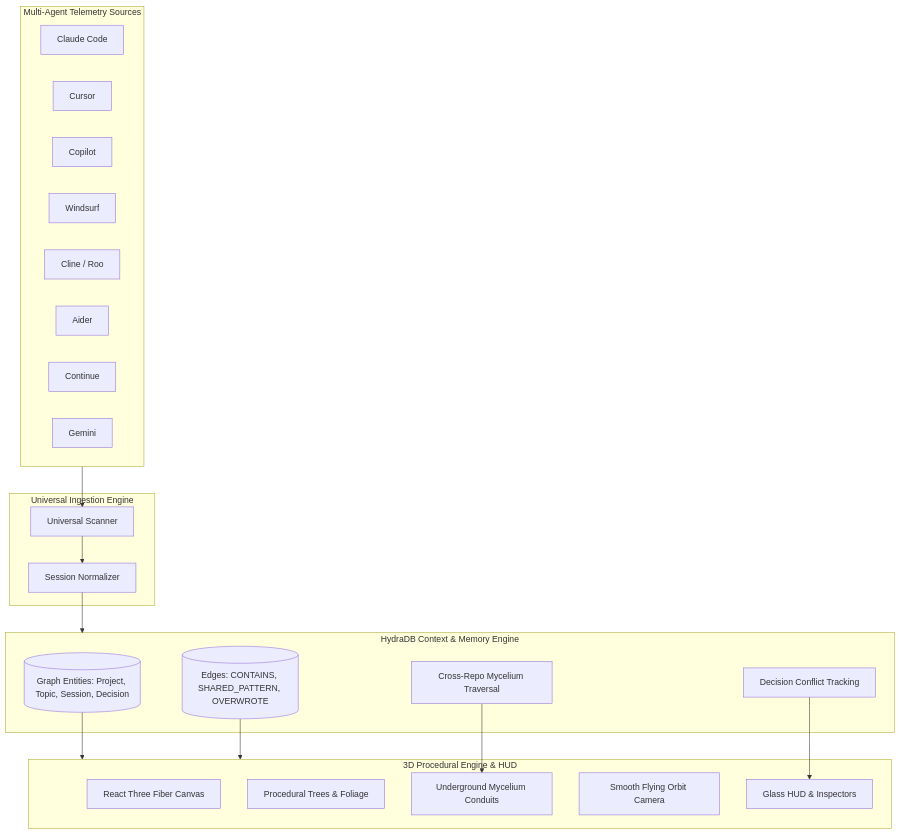
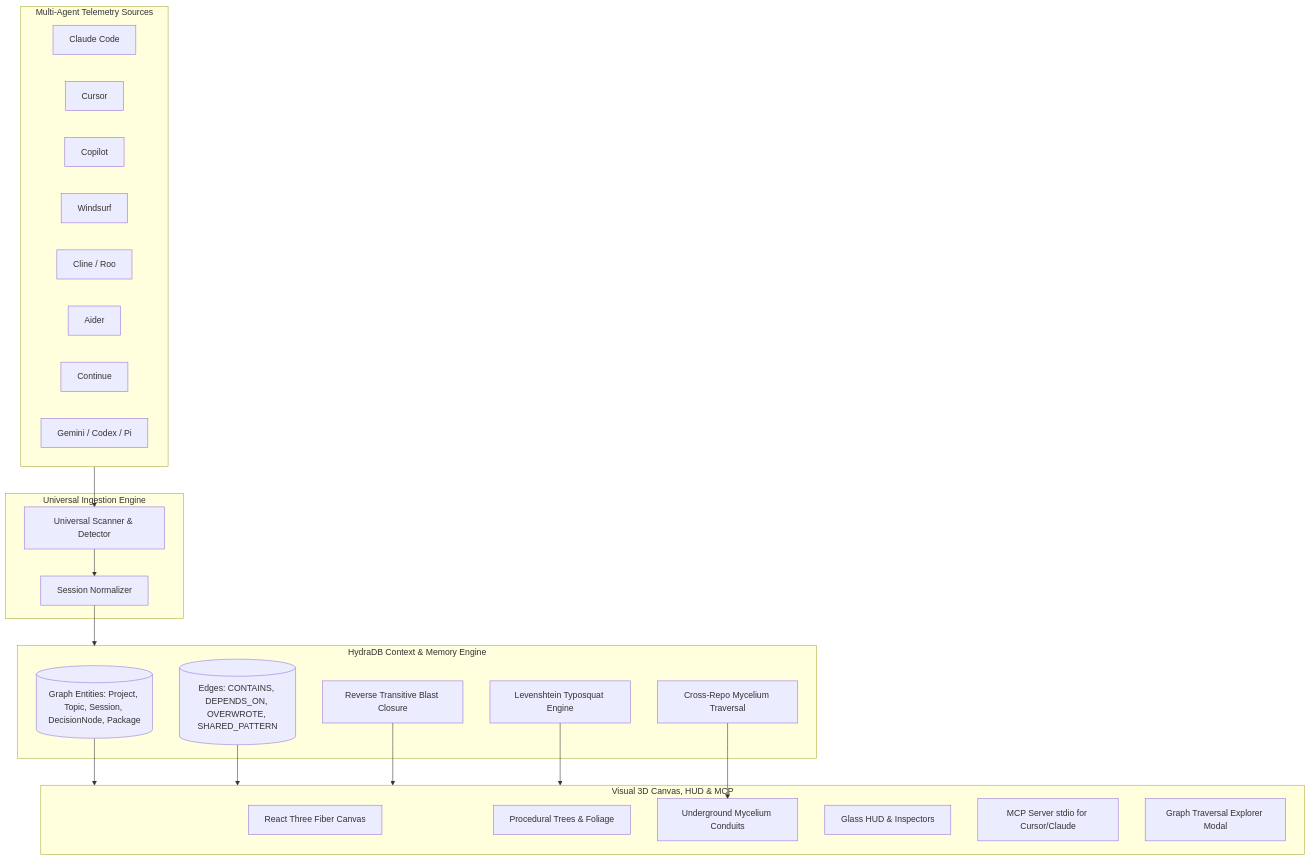
The diagram in README.md (harishkotra/tracewood), drawn with Mermaid before and after one commit. The commit also changed other lines of this file and 26 other files, not shown here.

````diff
--- a/README.md
+++ b/README.md
@@ -39,41 +33,44 @@
 ```mermaid
 flowchart TD
     subgraph MultiAgentSources["Multi-Agent Telemetry Sources"]
         A1[Claude Code]
         A2[Cursor]
         A3[Copilot]
         A4[Windsurf]
         A5[Cline / Roo]
         A6[Aider]
         A7[Continue]
-        A8[Gemini]
+        A8[Gemini / Codex / Pi]
     end
 
     subgraph Ingestion["Universal Ingestion Engine"]
-        U[Universal Scanner]
+        U[Universal Scanner & Detector]
         N[Session Normalizer]
     end
 
     subgraph HydraCore["HydraDB Context & Memory Engine"]
-        H_Nodes[(Graph Entities: Project, Topic, Session, Decision)]
-        H_Edges[(Edges: CONTAINS, SHARED_PATTERN, OVERWROTE)]
+        H_Nodes[(Graph Entities: Project, Topic, Session, DecisionNode, Package)]
+        H_Edges[(Edges: CONTAINS, DEPENDS_ON, OVERWROTE, SHARED_PATTERN)]
         H_Mycelium[Cross-Repo Mycelium Traversal]
-        H_Overwrites[Decision Conflict Tracking]
+        H_Blast[Reverse Transitive Blast Closure]
+        H_Typo[Levenshtein Typosquat Engine]
     end
 
-    subgraph Visualization["3D Procedural Engine & HUD"]
+    subgraph Interfaces["Visual 3D Canvas, HUD & MCP"]
         R3F[React Three Fiber Canvas]
         PT[Procedural Trees & Foliage]
         MY[Underground Mycelium Conduits]
-        CAM[Smooth Flying Orbit Camera]
         HUD[Glass HUD & Inspectors]
+        MCP[MCP Server stdio for Cursor/Claude]
+        EXP[Graph Traversal Explorer Modal]
     end
 
     MultiAgentSources --> U
     U --> N
     N --> HydraCore
-    H_Nodes --> Visualization
-    H_Edges --> Visualization
+    H_Nodes --> Interfaces
+    H_Edges --> Interfaces
     H_Mycelium --> MY
-    H_Overwrites --> HUD
+    H_Blast --> Interfaces
+    H_Typo --> Interfaces
 ```
````
